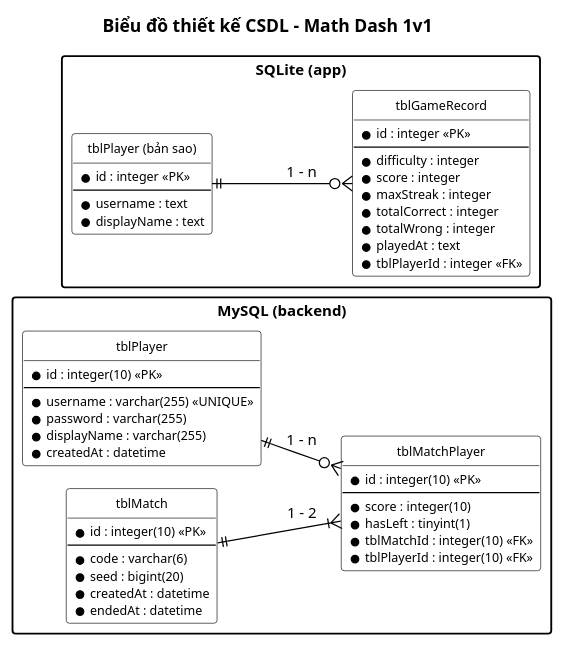
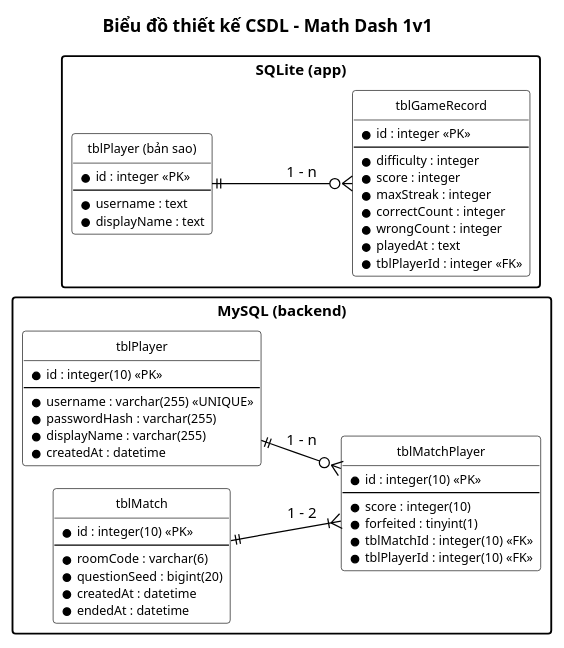
The diagram in docs/chung/csdl.puml (HungNguyenBa1811/math-dash), drawn with PlantUML before and after one commit. The commit also changed 3 other files, not shown here.

First line of the commit message:
docs(M1-03): dùng tên cột mới (passwordHash, roomCode, questionSeed, forfeited, correctCount, wrongCount)

```diff
--- a/docs/chung/csdl.puml
+++ b/docs/chung/csdl.puml
@@ -1,70 +1,70 @@
 @startuml csdl
 !pragma layout smetana
 ' === VP Base Theme v2 ===
 skinparam defaultFontName "Segoe UI"
 skinparam defaultFontSize 12
 skinparam shadowing false
 skinparam arrowColor #000000
 skinparam lineColor #000000
 hide circle
 skinparam class {
   BackgroundColor #FFFFFF
   BorderColor #000000
   FontSize 11
   AttributeFontSize 10
 }
 skinparam packageStyle rectangle
 left to right direction
 title Biểu đồ thiết kế CSDL – Math Dash 1v1
 
 package "MySQL (backend)" {
   entity "tblPlayer" as SP {
     * id : integer(10) <<PK>>
     --
     * username : varchar(255) <<UNIQUE>>
-    * password : varchar(255)
+    * passwordHash : varchar(255)
     * displayName : varchar(255)
     * createdAt : datetime
   }
   entity "tblMatch" as SM {
     * id : integer(10) <<PK>>
     --
-    * code : varchar(6)
-    * seed : bigint(20)
+    * roomCode : varchar(6)
+    * questionSeed : bigint(20)
     * createdAt : datetime
     * endedAt : datetime
   }
   entity "tblMatchPlayer" as SMP {
     * id : integer(10) <<PK>>
     --
     * score : integer(10)
-    * hasLeft : tinyint(1)
+    * forfeited : tinyint(1)
     * tblMatchId : integer(10) <<FK>>
     * tblPlayerId : integer(10) <<FK>>
   }
 }
 
 package "SQLite (app)" {
   entity "tblPlayer (bản sao)" as AP {
     * id : integer <<PK>>
     --
     * username : text
     * displayName : text
   }
   entity "tblGameRecord" as AGR {
     * id : integer <<PK>>
     --
     * difficulty : integer
     * score : integer
     * maxStreak : integer
-    * totalCorrect : integer
-    * totalWrong : integer
+    * correctCount : integer
+    * wrongCount : integer
     * playedAt : text
     * tblPlayerId : integer <<FK>>
   }
 }
 
 SM ||--|{ SMP : "1 - 2"
 SP ||--o{ SMP : "1 - n"
 AP ||--o{ AGR : "1 - n"
 @enduml
```
